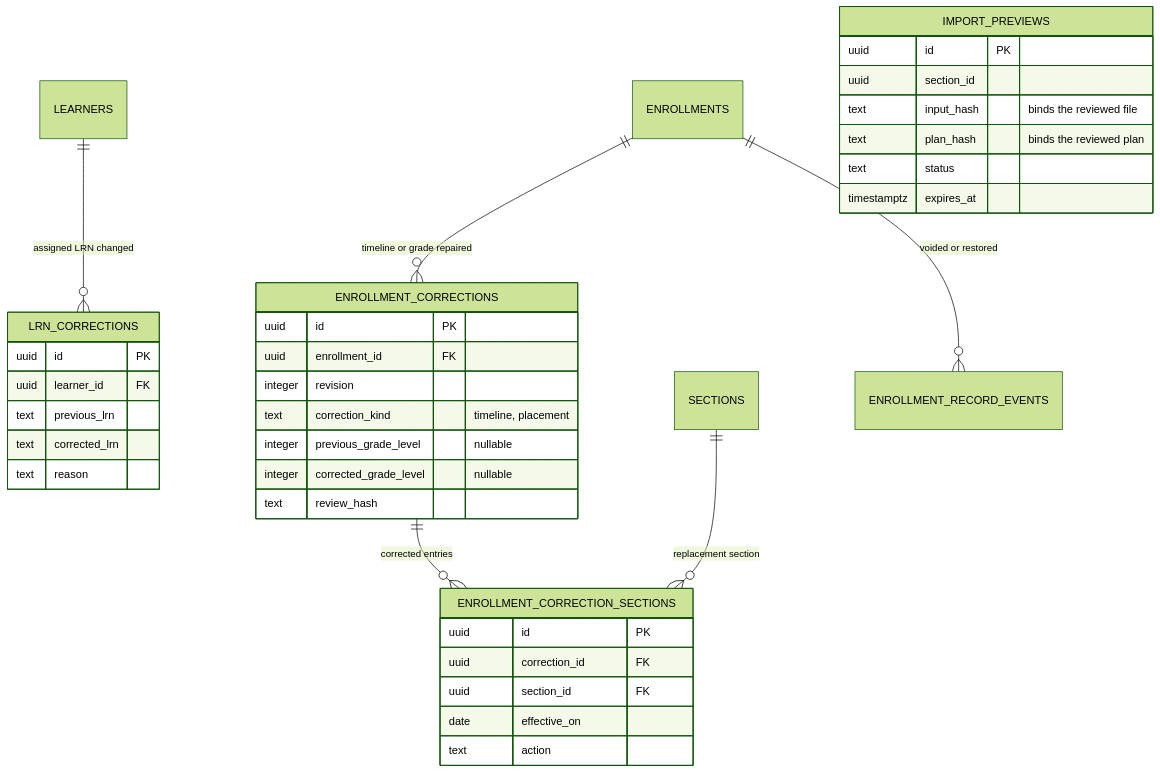
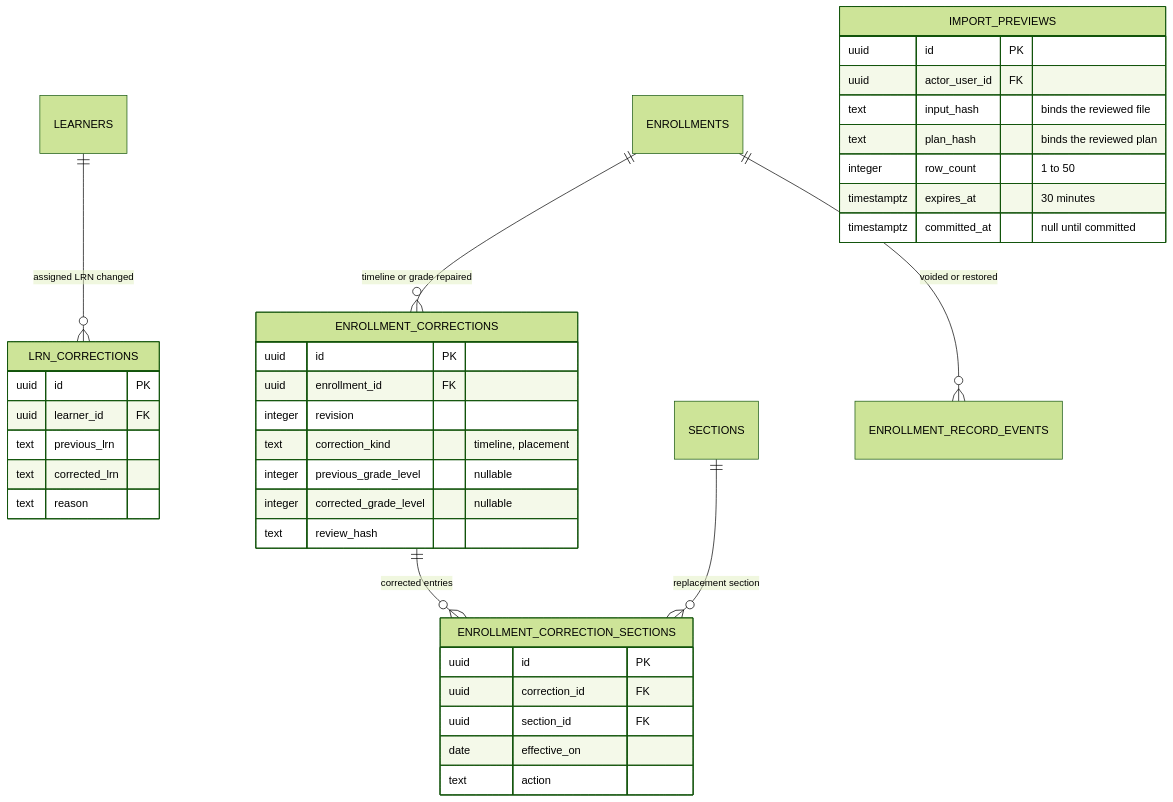
Before and after one commit to dayannnnn015/demo: the fifth of 10 diagrams in docs/erd.md, drawn with Mermaid (forest theme). The commit also changed other lines of this file and 21 other files, not shown here.

````diff
--- a/docs/erd.md
+++ b/docs/erd.md
@@ -301,40 +303,41 @@
 ```mermaid
 erDiagram
   LEARNERS ||--o{ LRN_CORRECTIONS : "assigned LRN changed"
   ENROLLMENTS ||--o{ ENROLLMENT_CORRECTIONS : "timeline or grade repaired"
   ENROLLMENT_CORRECTIONS ||--o{ ENROLLMENT_CORRECTION_SECTIONS : "corrected entries"
   SECTIONS ||--o{ ENROLLMENT_CORRECTION_SECTIONS : "replacement section"
   ENROLLMENTS ||--o{ ENROLLMENT_RECORD_EVENTS : "voided or restored"
 
   IMPORT_PREVIEWS {
     uuid id PK
-    uuid section_id
+    uuid actor_user_id FK
     text input_hash "binds the reviewed file"
     text plan_hash "binds the reviewed plan"
-    text status
-    timestamptz expires_at
+    integer row_count "1 to 50"
+    timestamptz expires_at "30 minutes"
+    timestamptz committed_at "null until committed"
   }
   LRN_CORRECTIONS {
     uuid id PK
     uuid learner_id FK
     text previous_lrn
     text corrected_lrn
     text reason
   }
   ENROLLMENT_CORRECTIONS {
     uuid id PK
     uuid enrollment_id FK
     integer revision
     text correction_kind "timeline, placement"
     integer previous_grade_level "nullable"
     integer corrected_grade_level "nullable"
     text review_hash
   }
   ENROLLMENT_CORRECTION_SECTIONS {
     uuid id PK
     uuid correction_id FK
     uuid section_id FK
     date effective_on
     text action
   }
 ```
````
